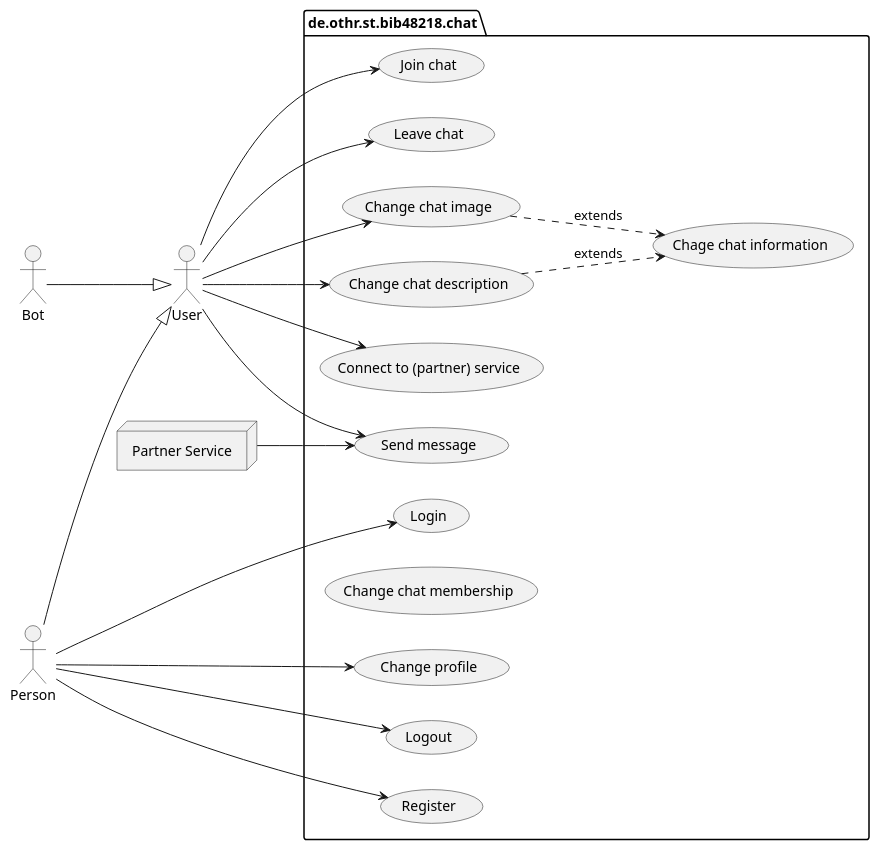
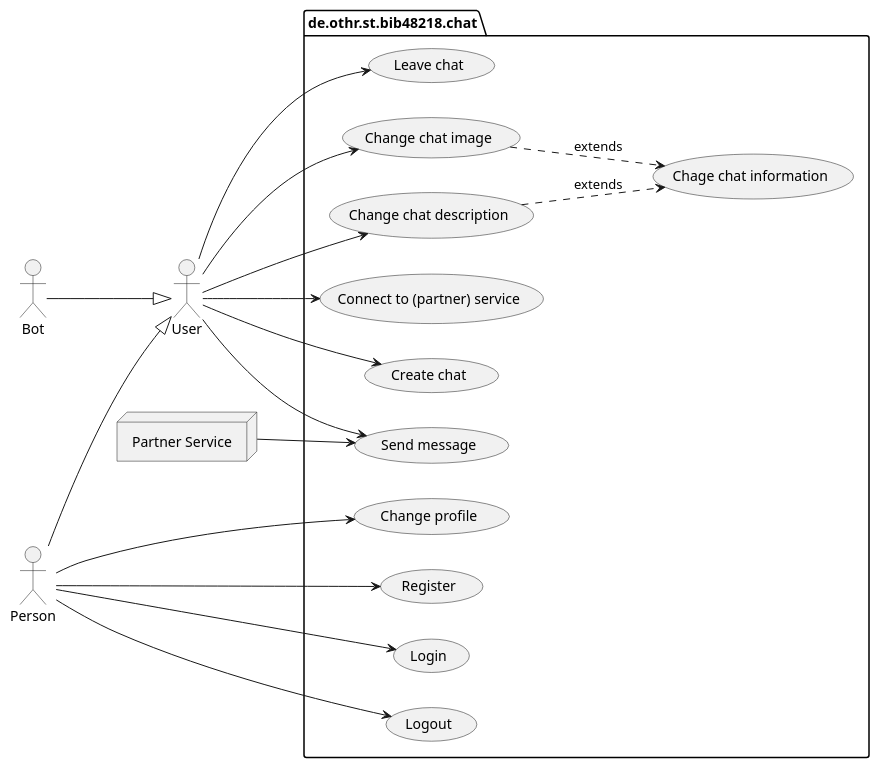
The diagram in src/doc/uml-usecase.puml (bbenno/oth-sw), drawn with PlantUML before and after one commit.

Commit message:
Rename UC

```diff
--- a/src/doc/uml-usecase.puml
+++ b/src/doc/uml-usecase.puml
@@ -1,48 +1,47 @@
 @startuml chat-usecase
 skinparam monochrome true
 left to right direction
 
 ' actors
 actor "User" as u
 actor "Person" as p
 actor "Bot" as b
 node "Partner Service" as s
 
 ' actor hierarchy
 p -down-|> u
 b -down-|> u
 
 ' use cases
 package "de.othr.st.bib48218.chat" {
   usecase "Login" as oUC1
   usecase "Logout" as oUC2
   usecase "Register" as oUC3
   usecase "Change profile" as oUC4
 
   usecase "Send message" as mUC
   ' Chating use cases
-  usecase "Join chat" as cUC1
+  usecase "Create chat" as cUC1
   usecase "Leave chat" as cUC2
-  usecase "Change chat membership" as ceUC2
   usecase "Change chat image" as cUC3
   usecase "Change chat description" as cUC4
   usecase "Chage chat information" as ceUC1
   cUC3 ..> ceUC1 : extends
   cUC4 ..> ceUC1 : extends
   ' Connecting to partners use cases
   usecase "Connect to (partner) service" as pUC
 }
 
 '  link actor User with use cases
 p --> oUC1
 p --> oUC2
 p --> oUC3
 p --> oUC4
 s --> mUC
 u --> mUC
 u --> cUC1
 u --> cUC2
 u --> cUC3
 u --> cUC4
 u --> pUC
 @enduml
```
